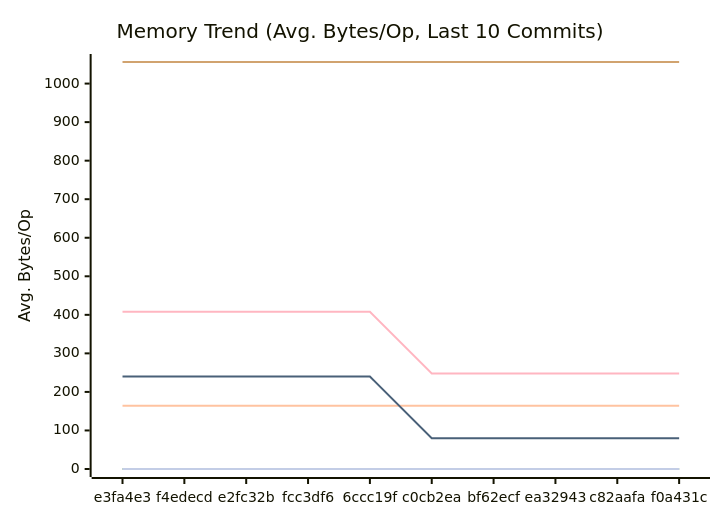
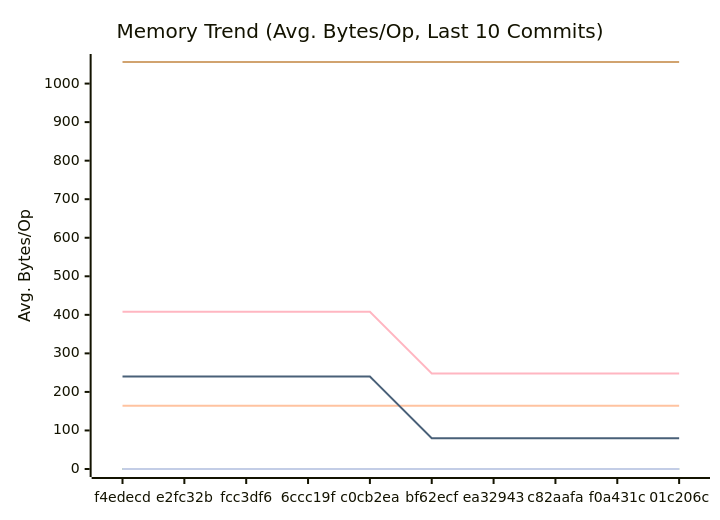
One commit to alsotoes/momo changed the second of 3 diagrams in docs/PERFORMANCE.md. Above: the diagram before and after it, drawn with Mermaid. The commit also changed other lines of this file and 2 other files, not shown here.

````diff
--- a/docs/PERFORMANCE.md
+++ b/docs/PERFORMANCE.md
@@ -97,16 +97,16 @@
 ```mermaid
 xychart-beta
     title "Memory Trend (Avg. Bytes/Op, Last 10 Commits)"
     x-axis "Commit"
     y-axis "Avg. Bytes/Op"
-    x-axis [e3fa4e3,f4edecd,e2fc32b,fcc3df6,6ccc19f,c0cb2ea,bf62ecf,ea32943,c82aafa,f0a431c]
+    x-axis [f4edecd,e2fc32b,fcc3df6,6ccc19f,c0cb2ea,bf62ecf,ea32943,c82aafa,f0a431c,01c206c]
     line "CheckMetricsAndSwap" [0,0,0,0,0,0,0,0,0,0]
     line "CrushOptimized" [0,0,0,0,0,0,0,0,0,0]
     line "CrushOriginal" [164,164,164,164,164,164,164,164,164,164]
     line "IndexDirectTracking" [0,0,0,0,0,0,0,0,0,0]
     line "IndexSearch" [0,0,0,0,0,0,0,0,0,0]
     line "LoadGlobalConfig" [1056,1056,1056,1056,1056,1056,1056,1056,1056,1056]
     line "PadString" [0,0,0,0,0,0,0,0,0,0]
     line "ParseReplicationOrder_NoPrealloc" [408,408,408,408,408,248,248,248,248,248]
     line "ParseReplicationOrder_Prealloc" [240,240,240,240,240,80,80,80,80,80]
 ```
````
